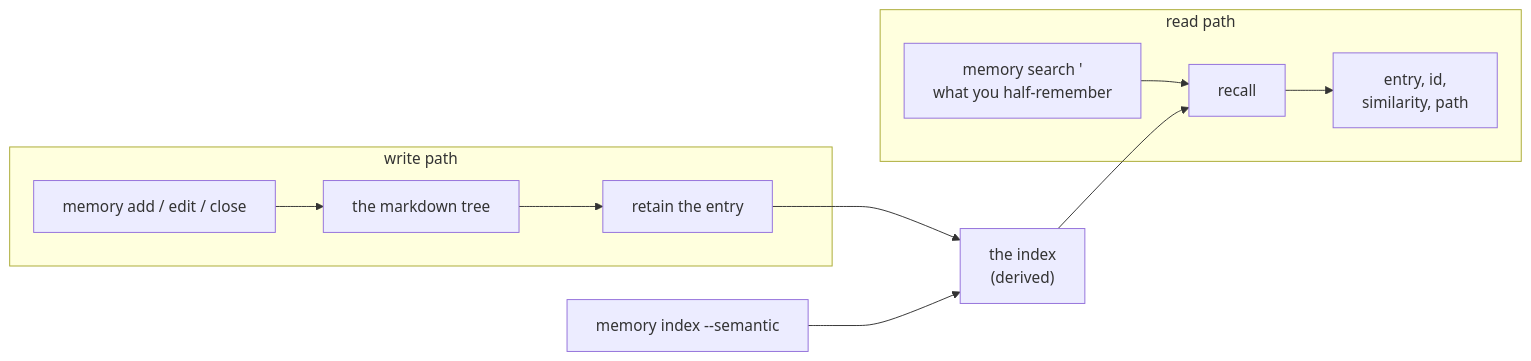
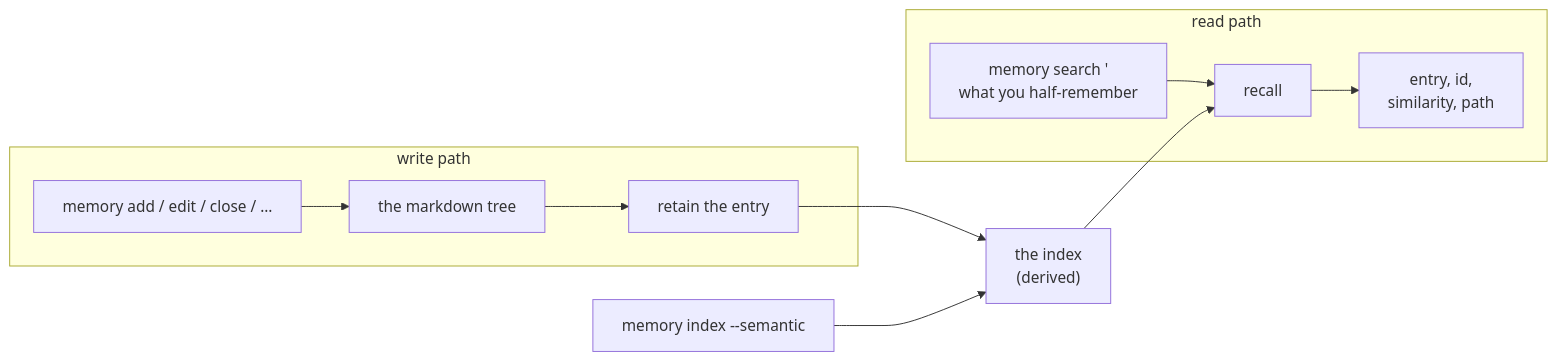
The diagram in docs/blong/blog/2026-09-30-the-repo-answers-by-meaning/index.md (feasibleone/blong), drawn with Mermaid before and after one commit. The commit also changed other lines of this file and 15 other files, not shown here.

````diff
--- a/docs/blong/blog/2026-09-30-the-repo-answers-by-meaning/index.md
+++ b/docs/blong/blog/2026-09-30-the-repo-answers-by-meaning/index.md
@@ -54,16 +54,16 @@
 ```mermaid
 flowchart LR
     subgraph write["write path"]
-        c["memory add / edit / close"] --> f["the markdown tree"]
+        c["memory add / edit / close / …"] --> f["the markdown tree"]
         f --> h["retain the entry"]
     end
     subgraph read["read path"]
         q["memory search '<br/>what you half-remember"] --> r["recall"]
         r --> a["entry, id,<br/>similarity, path"]
     end
     h --> bank["the index<br/>(derived)"]
     bank --> r
     b["memory index --semantic"] --> bank
     classDef nowrap white-space:nowrap
     class c,f,h,q,r,a,bank,b nowrap
 ```
````
